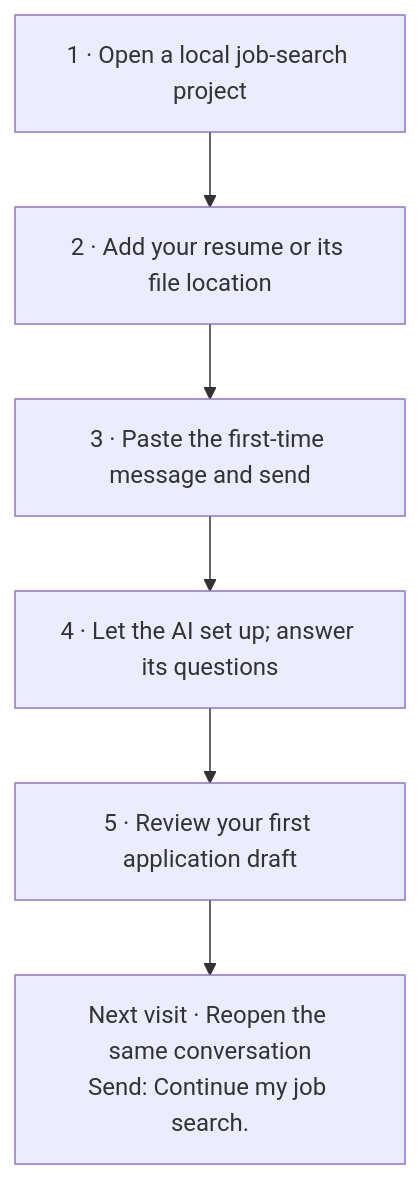
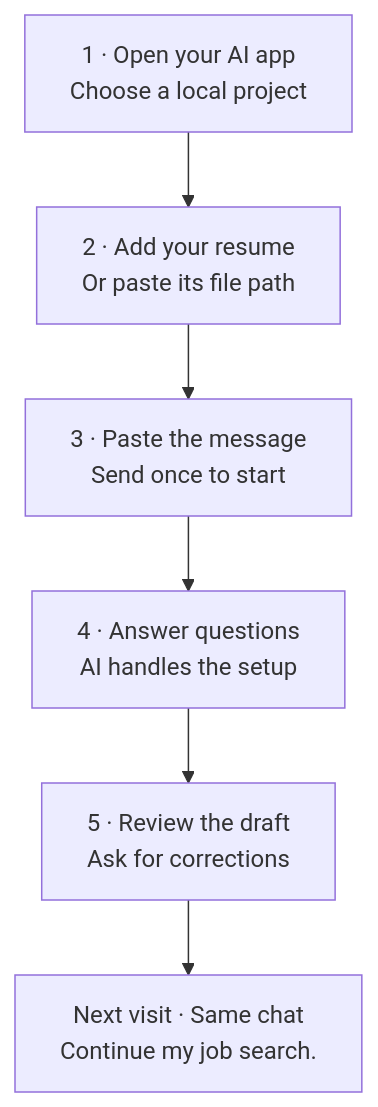
The diagram in README.md (toughdave/job-search), drawn with Mermaid before and after one commit.

Commit message:
Keep flow diagram labels readable on GitHub

````diff
--- a/README.md
+++ b/README.md
@@ -9,8 +9,8 @@
 ```mermaid
 flowchart TD
-    A["1 · Open a local job-search project"] --> B["2 · Add your resume or its file location"]
-    B --> C["3 · Paste the first-time message and send"]
-    C --> D["4 · Let the AI set up; answer its questions"]
-    D --> E["5 · Review your first application draft"]
-    E --> F["Next visit · Reopen the same conversation<br/>Send: Continue my job search."]
+    A["1 · Open your AI app<br/>Choose a local project"] --> B["2 · Add your resume<br/>Or paste its file path"]
+    B --> C["3 · Paste the message<br/>Send once to start"]
+    C --> D["4 · Answer questions<br/>AI handles the setup"]
+    D --> E["5 · Review the draft<br/>Ask for corrections"]
+    E --> F["Next visit · Same chat<br/>Continue my job search."]
 ```
````
